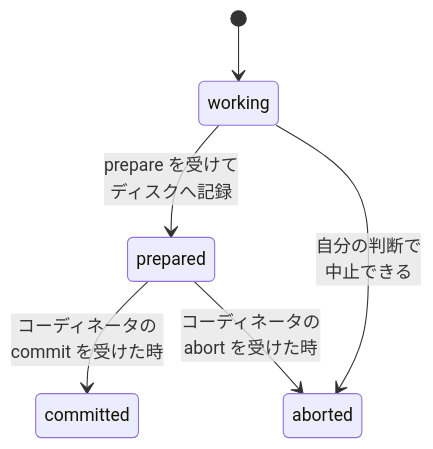
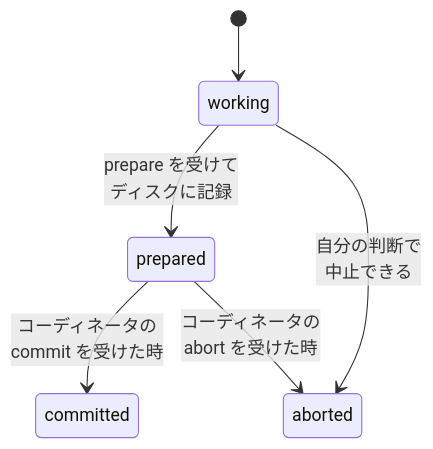
One commit to nao1215/debimate changed the fourth of 7 diagrams in content/notes/distributed-systems/two-phase-commit/index.md. Above: the diagram before and after it, drawn with Mermaid. The commit also changed other lines of this file and 46 other files, not shown here.

````diff
--- a/content/notes/distributed-systems/two-phase-commit/index.md
+++ b/content/notes/distributed-systems/two-phase-commit/index.md
@@ -82,8 +82,8 @@
 ```mermaid
 stateDiagram-v2
     [*] --> working
-    working --> prepared: prepare を受けて<br/>ディスクへ記録
+    working --> prepared: prepare を受けて<br/>ディスクに記録
     working --> aborted: 自分の判断で<br/>中止できる
     prepared --> committed: コーディネータの<br/>commit を受けた時
     prepared --> aborted: コーディネータの<br/>abort を受けた時
 ```
````
